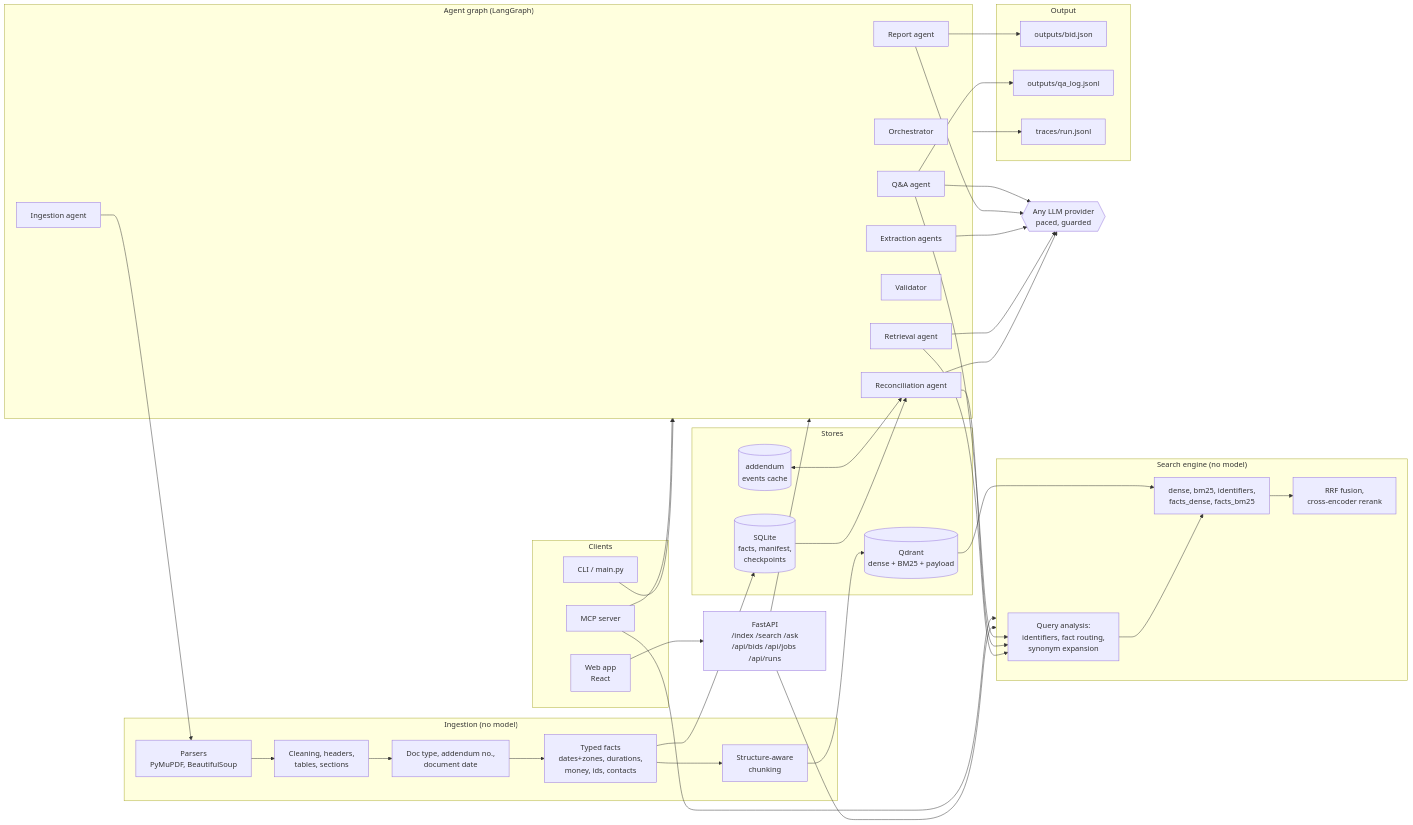
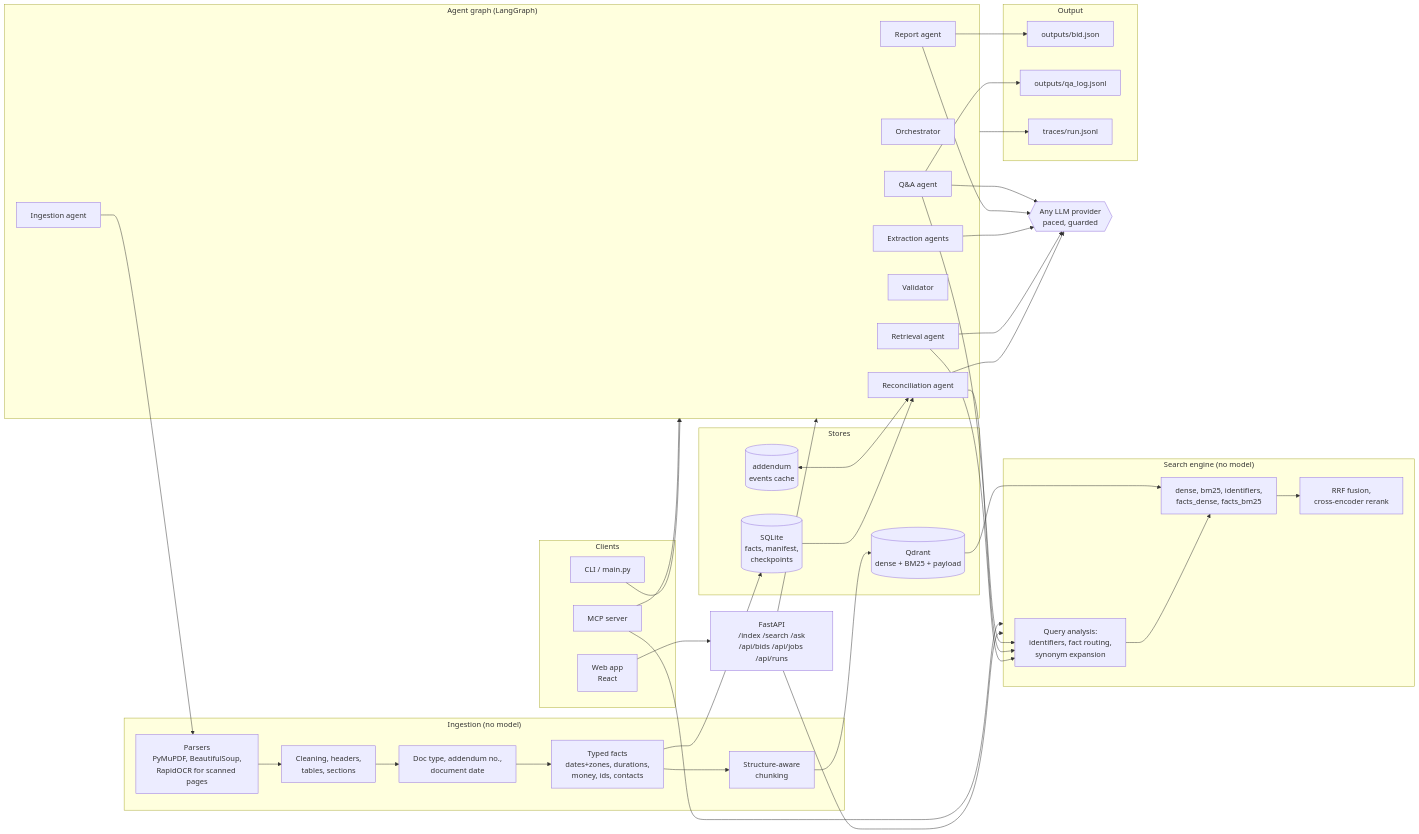
One commit to PriyanshuGeTRekT/rfp-intelligence changed the first of 2 diagrams in docs/architecture.md. Above: the diagram before and after it, drawn with Mermaid. The commit also changed 6 other files, not shown here.

````diff
--- a/docs/architecture.md
+++ b/docs/architecture.md
@@ -10,75 +10,75 @@
 ```mermaid
 flowchart LR
     subgraph Clients
         WEB[Web app<br/>React]
         CLI[CLI / main.py]
         MCP[MCP server]
     end
 
     API[FastAPI<br/>/index /search /ask<br/>/api/bids /api/jobs /api/runs]
 
     subgraph Ingestion["Ingestion (no model)"]
-        P[Parsers<br/>PyMuPDF, BeautifulSoup]
+        P[Parsers<br/>PyMuPDF, BeautifulSoup,<br/>RapidOCR for scanned pages]
         C[Cleaning, headers,<br/>tables, sections]
         T[Doc type, addendum no.,<br/>document date]
         X[Typed facts<br/>dates+zones, durations,<br/>money, ids, contacts]
         K[Structure-aware<br/>chunking]
         P --> C --> T --> X --> K
     end
 
     subgraph Stores
         Q[(Qdrant<br/>dense + BM25 + payload)]
         S[(SQLite<br/>facts, manifest,<br/>checkpoints)]
         E[(addendum<br/>events cache)]
     end
 
     subgraph Search["Search engine (no model)"]
         R[Query analysis:<br/>identifiers, fact routing,<br/>synonym expansion]
         L[dense, bm25, identifiers,<br/>facts_dense, facts_bm25]
         U[RRF fusion,<br/>cross-encoder rerank]
         R --> L --> U
     end
 
     subgraph Agents["Agent graph (LangGraph)"]
         PL[Orchestrator]
         IN[Ingestion agent]
         RC[Reconciliation agent]
         RT[Retrieval agent]
         EX[Extraction agents]
         VA[Validator]
         RP[Report agent]
         QA[Q&A agent]
     end
 
     LLM{{Any LLM provider<br/>paced, guarded}}
 
     subgraph Output
         J[outputs/bid.json]
         QL[outputs/qa_log.jsonl]
         TR[traces/run.jsonl]
     end
 
     WEB --> API
     API --> Agents
     API --> Search
     CLI --> Agents
     MCP --> Agents
     MCP --> Search
     IN --> P
     K --> Q
     X --> S
     Q --> L
     S --> RC
     E <--> RC
     RT --> R
     RC --> R
     QA --> R
     RC --> LLM
     RT --> LLM
     EX --> LLM
     RP --> LLM
     QA --> LLM
     RP --> J
     QA --> QL
     Agents --> TR
 ```
````
